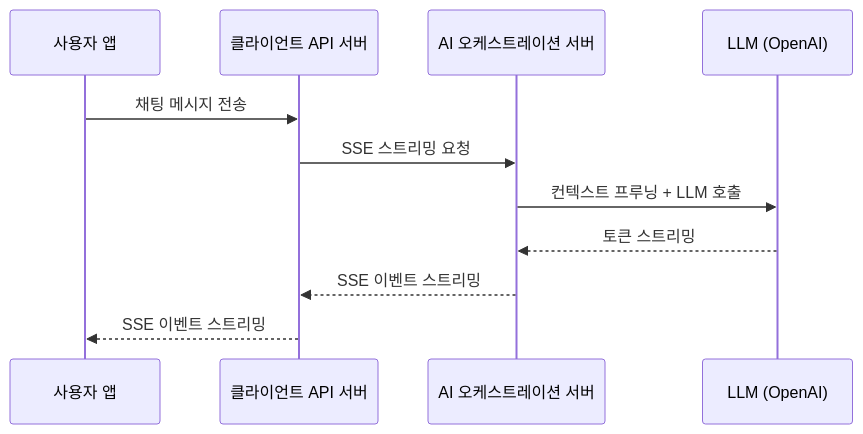
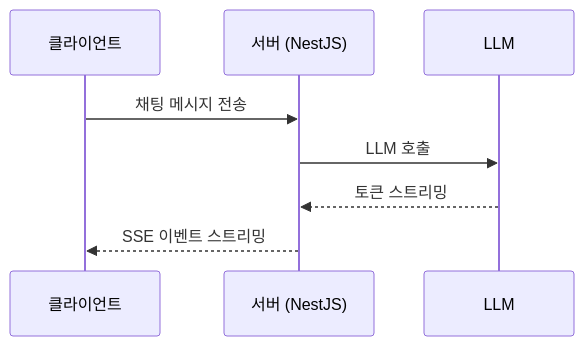
One commit to yumin00/blog changed the diagram in content/post/Network/sse-flush-headers-ttfb-optimization.md. Above: the diagram before and after it, drawn with Mermaid. The commit also changed other lines of this file, not shown here.

Commit message:
chore: SSE 스트리밍이 버퍼링될 때 flushHeaders()로 해결하는 방법

````diff
--- a/content/post/Network/sse-flush-headers-ttfb-optimization.md
+++ b/content/post/Network/sse-flush-headers-ttfb-optimization.md
@@ -19,14 +13,11 @@
 ```mermaid
 sequenceDiagram
-    participant User as 사용자 앱
-    participant Client as 클라이언트 API 서버
-    participant Orchestrator as AI 오케스트레이션 서버
-    participant LLM as LLM (OpenAI)
+    participant Client as 클라이언트
+    participant Server as 서버 (NestJS)
+    participant LLM as LLM
 
-    User->>Client: 채팅 메시지 전송
-    Client->>Orchestrator: SSE 스트리밍 요청
-    Orchestrator->>LLM: 컨텍스트 프루닝 + LLM 호출
-    LLM-->>Orchestrator: 토큰 스트리밍
-    Orchestrator-->>Client: SSE 이벤트 스트리밍
-    Client-->>User: SSE 이벤트 스트리밍
+    Client->>Server: 채팅 메시지 전송
+    Server->>LLM: LLM 호출
+    LLM-->>Server: 토큰 스트리밍
+    Server-->>Client: SSE 이벤트 스트리밍
 ```
````
